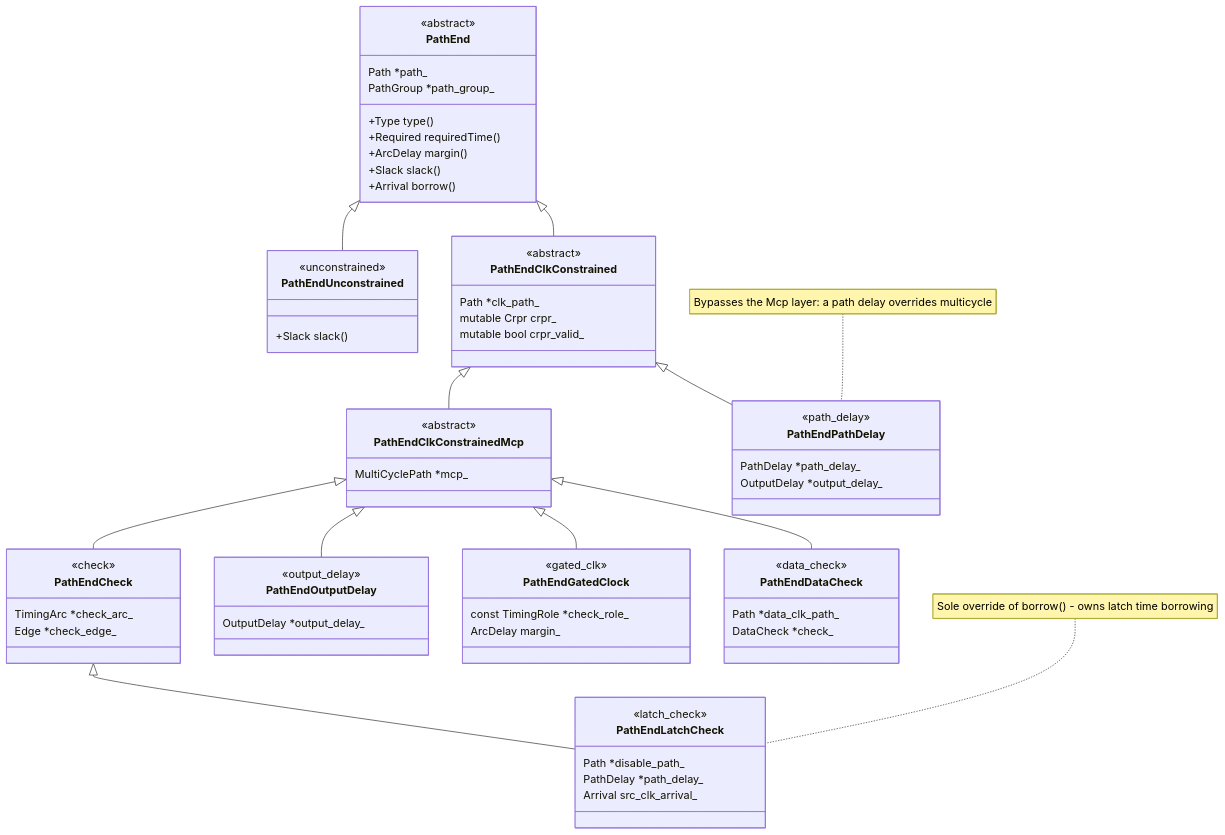
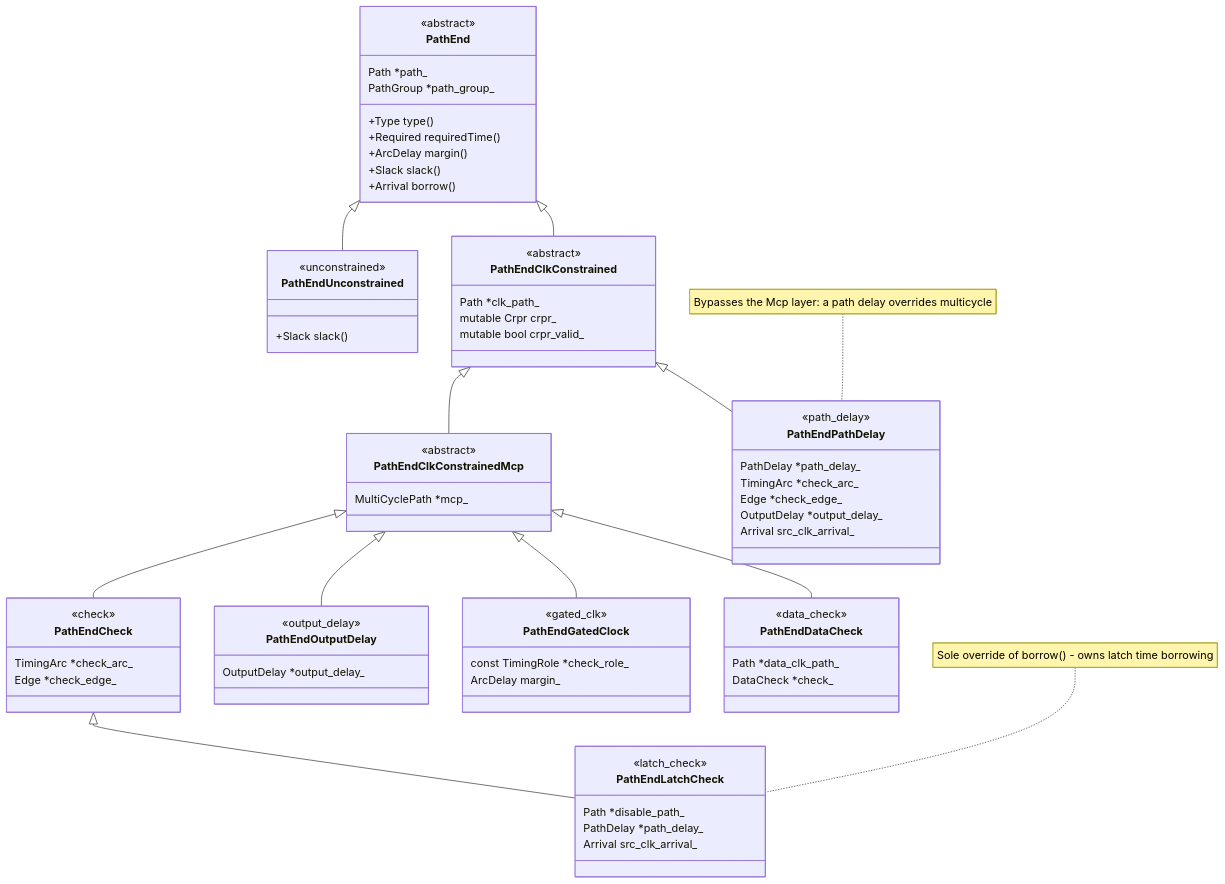
Before and after one commit to blitzy-research/OpenSTA: the second of 4 diagrams in search/PathEnd.md, drawn with Mermaid. The commit also changed other lines of this file, not shown here.

````diff
--- a/search/PathEnd.md
+++ b/search/PathEnd.md
@@ -278,68 +280,71 @@
 ```mermaid
 classDiagram
     class PathEnd {
         <<abstract>>
         +Type type()
         +Required requiredTime()
         +ArcDelay margin()
         +Slack slack()
         +Arrival borrow()
         Path *path_
         PathGroup *path_group_
     }
     class PathEndUnconstrained {
         <<unconstrained>>
         +Slack slack()
     }
     class PathEndClkConstrained {
         <<abstract>>
         Path *clk_path_
         mutable Crpr crpr_
         mutable bool crpr_valid_
     }
     class PathEndClkConstrainedMcp {
         <<abstract>>
         MultiCyclePath *mcp_
     }
     class PathEndCheck {
         <<check>>
         TimingArc *check_arc_
         Edge *check_edge_
     }
     class PathEndLatchCheck {
         <<latch_check>>
         Path *disable_path_
         PathDelay *path_delay_
         Arrival src_clk_arrival_
     }
     class PathEndOutputDelay {
         <<output_delay>>
         OutputDelay *output_delay_
     }
     class PathEndGatedClock {
         <<gated_clk>>
         const TimingRole *check_role_
         ArcDelay margin_
     }
     class PathEndDataCheck {
         <<data_check>>
         Path *data_clk_path_
         DataCheck *check_
     }
     class PathEndPathDelay {
         <<path_delay>>
         PathDelay *path_delay_
+        TimingArc *check_arc_
+        Edge *check_edge_
         OutputDelay *output_delay_
+        Arrival src_clk_arrival_
     }
     PathEnd <|-- PathEndUnconstrained
     PathEnd <|-- PathEndClkConstrained
     PathEndClkConstrained <|-- PathEndPathDelay
     PathEndClkConstrained <|-- PathEndClkConstrainedMcp
     PathEndClkConstrainedMcp <|-- PathEndCheck
     PathEndCheck <|-- PathEndLatchCheck
     PathEndClkConstrainedMcp <|-- PathEndOutputDelay
     PathEndClkConstrainedMcp <|-- PathEndGatedClock
     PathEndClkConstrainedMcp <|-- PathEndDataCheck
     note for PathEndLatchCheck "Sole override of borrow() - owns latch time borrowing"
     note for PathEndPathDelay "Bypasses the Mcp layer: a path delay overrides multicycle"
 ```
````
